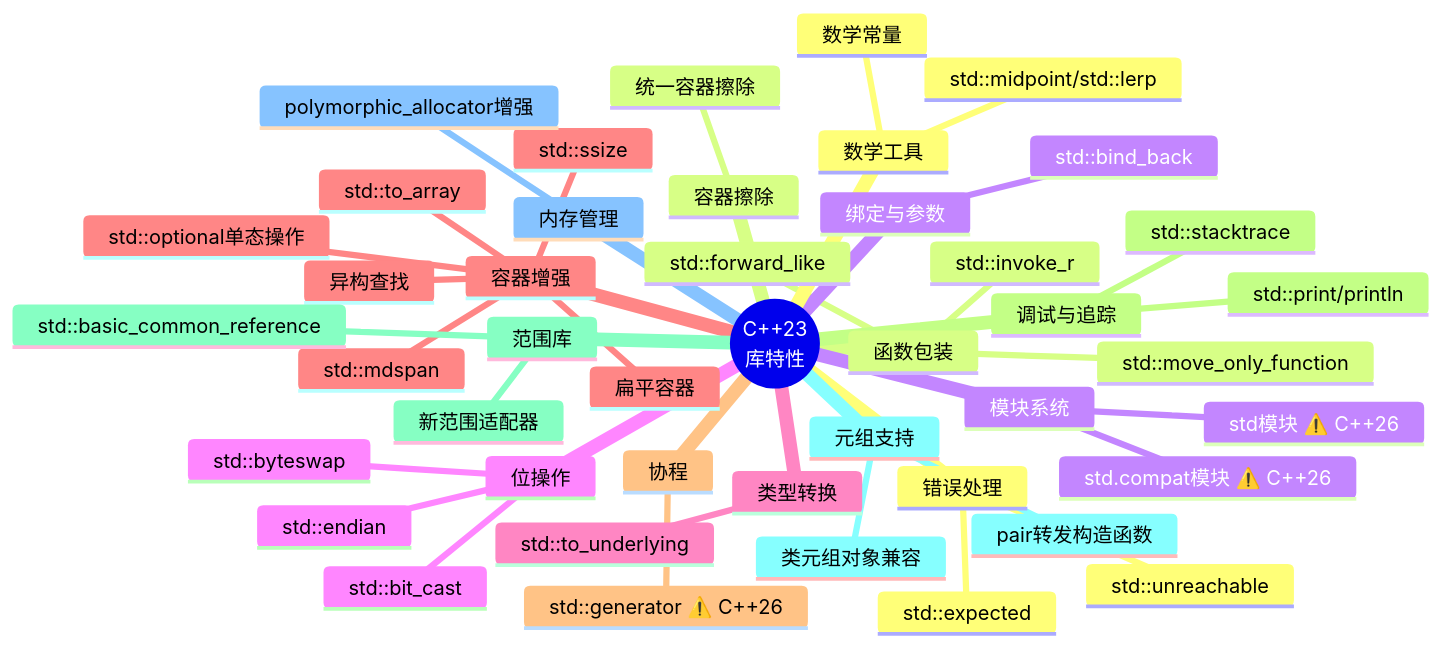
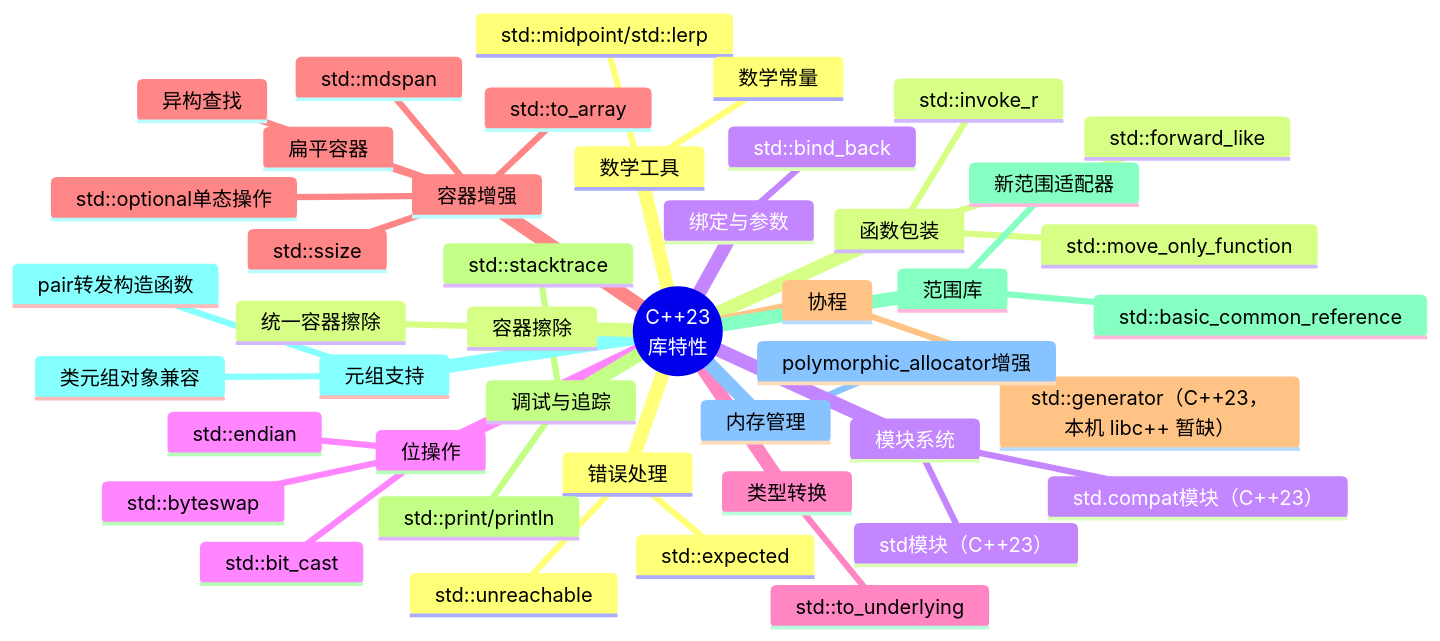
Before and after one commit to before80/prgms: diagram 18 of 18 in content/Cpp/basic/Chapter-28-CPP23-Library-Features.md, drawn with Mermaid. The commit also changed other lines of this file and 4787 other files, not shown here.

````diff
--- a/content/Cpp/basic/Chapter-28-CPP23-Library-Features.md
+++ b/content/Cpp/basic/Chapter-28-CPP23-Library-Features.md
@@ -2028,47 +2137,47 @@
 ```mermaid
 mindmap
   root((C++23<br/>库特性))
     错误处理
       std::expected
       std::unreachable
     函数包装
       std::move_only_function
       std::invoke_r
       std::forward_like
     绑定与参数
       std::bind_back
     位操作
       std::byteswap
       std::endian
       std::bit_cast
     类型转换
       std::to_underlying
     容器增强
       std::ssize
       std::to_array
       std::optional单态操作
       异构查找
       扁平容器
       std::mdspan
     协程
-      std::generator ⚠️ C++26
+      std::generator（C++23，本机 libc++ 暂缺）
     调试与追踪
       std::stacktrace
       std::print/println
     范围库
       新范围适配器
       std::basic_common_reference
     元组支持
       类元组对象兼容
       pair转发构造函数
     内存管理
       polymorphic_allocator增强
     数学工具
       std::midpoint/std::lerp
       数学常量
     容器擦除
       统一容器擦除
     模块系统
-      std模块 ⚠️ C++26
-      std.compat模块 ⚠️ C++26
+      std模块（C++23）
+      std.compat模块（C++23）
 ```
````
